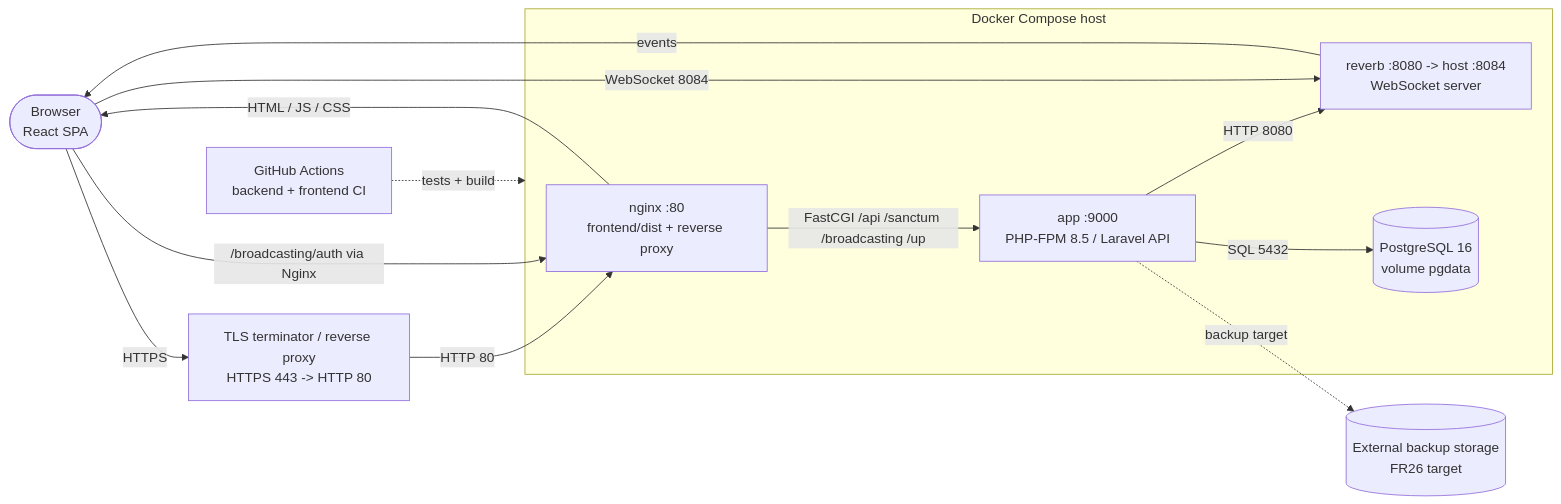
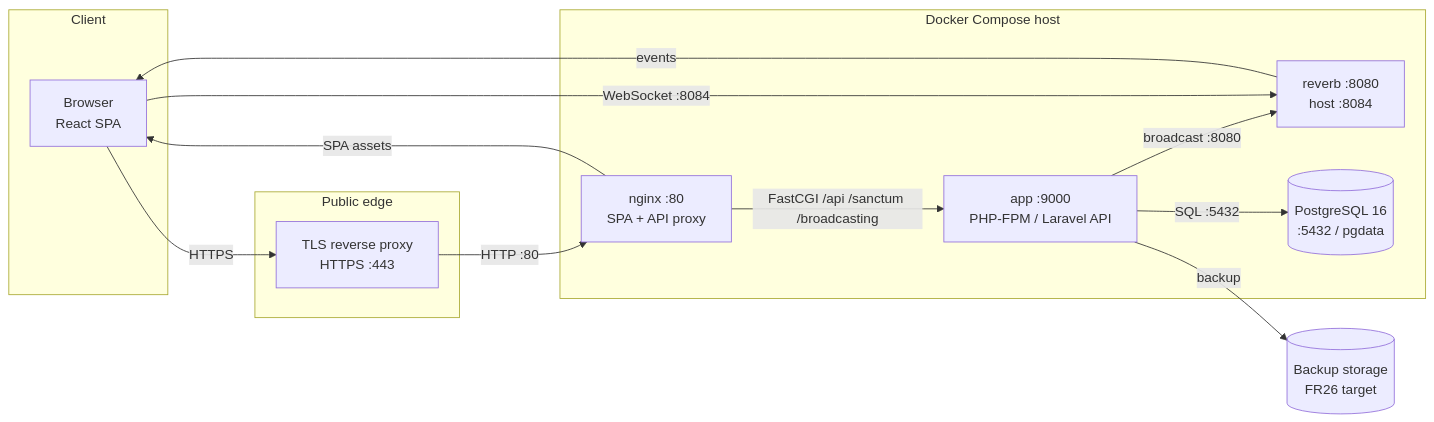
One commit to Arukast/pos_alja changed the diagram in docs/architecture/deployment.md. Above: the diagram before and after it, drawn with Mermaid. The commit also changed other lines of this file, not shown here.

Commit message:
docs: simplify deployment topology diagram

````diff
--- a/docs/architecture/deployment.md
+++ b/docs/architecture/deployment.md
@@ -12,25 +12,26 @@
 ```mermaid
 flowchart LR
-    User([Browser<br/>React SPA])
-    Edge["TLS terminator / reverse proxy<br/>HTTPS 443 -> HTTP 80"]
-    subgraph COMPOSE["Docker Compose host"]
-        Nginx["nginx :80<br/>frontend/dist + reverse proxy"]
-        App["app :9000<br/>PHP-FPM 8.5 / Laravel API"]
-        Reverb["reverb :8080 -> host :8084<br/>WebSocket server"]
-        DB[("PostgreSQL 16<br/>volume pgdata")]
+    subgraph CLIENT["Client"]
+        Browser["Browser<br/>React SPA"]
     end
-    CI["GitHub Actions<br/>backend + frontend CI"]
-    Backup[("External backup storage<br/>FR26 target")]
+    subgraph EDGE["Public edge"]
+        TLS["TLS reverse proxy<br/>HTTPS :443"]
+    end
+    subgraph HOST["Docker Compose host"]
+        Nginx["nginx :80<br/>SPA + API proxy"]
+        App["app :9000<br/>PHP-FPM / Laravel API"]
+        Reverb["reverb :8080<br/>host :8084"]
+        DB[("PostgreSQL 16<br/>:5432 / pgdata")]
+    end
+    Backup[("Backup storage<br/>FR26 target")]
 
-    User -->|HTTPS| Edge
-    Edge -->|HTTP 80| Nginx
-    Nginx -->|HTML / JS / CSS| User
-    Nginx -->|"FastCGI /api /sanctum /broadcasting /up"| App
-    App -->|"SQL 5432"| DB
-    App -->|"HTTP 8080"| Reverb
-    User -->|"WebSocket 8084"| Reverb
-    Reverb -->|"events"| User
-    User -->|"/broadcasting/auth via Nginx"| Nginx
-    CI -.->|"tests + build"| COMPOSE
-    App -.->|"backup target"| Backup
+    Browser -->|"HTTPS"| TLS
+    TLS -->|"HTTP :80"| Nginx
+    Nginx -->|"SPA assets"| Browser
+    Nginx -->|"FastCGI /api /sanctum /broadcasting"| App
+    App -->|"SQL :5432"| DB
+    App -->|"broadcast :8080"| Reverb
+    Browser -->|"WebSocket :8084"| Reverb
+    Reverb -->|"events"| Browser
+    App -->|"backup"| Backup
 ```
````
